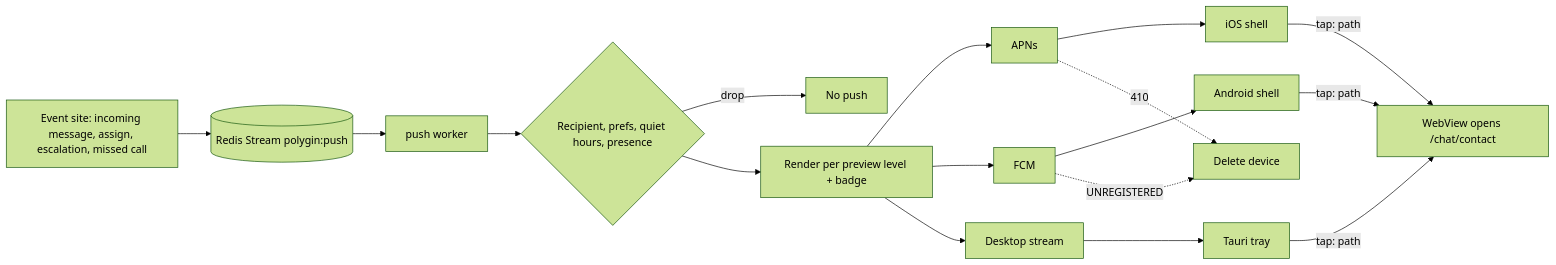
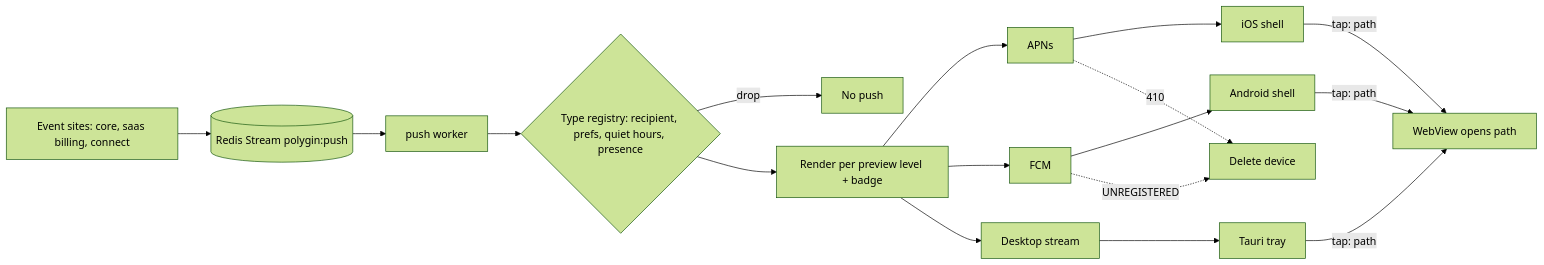
Before and after one commit to suparikoli/whatomate: the second of 2 diagrams in docs/programs/polygin-saas/modules/apps/G1.md, drawn with Mermaid (forest theme). The commit also changed other lines of this file and 38 other files, not shown here.

````diff
--- a/docs/programs/polygin-saas/modules/apps/G1.md
+++ b/docs/programs/polygin-saas/modules/apps/G1.md
@@ -73,14 +64,14 @@
 ```mermaid
 flowchart LR
-  E[Event site: incoming message, assign, escalation, missed call] --> Q[(Redis Stream polygin:push)]
+  E[Event sites: core, saas billing, connect] --> Q[(Redis Stream polygin:push)]
   Q --> W[push worker]
-  W --> R{Recipient, prefs, quiet hours, presence}
+  W --> R{Type registry: recipient, prefs, quiet hours, presence}
   R -->|drop| X[No push]
   R --> P[Render per preview level + badge]
   P --> A[APNs] --> I[iOS shell]
   P --> F[FCM] --> N[Android shell]
   P --> D[Desktop stream] --> T[Tauri tray]
   A -. 410 .-> Del[Delete device]
   F -. UNREGISTERED .-> Del
-  I & N & T -->|tap: path| V[WebView opens /chat/contact]
+  I & N & T -->|tap: path| V[WebView opens path]
 ```
````
